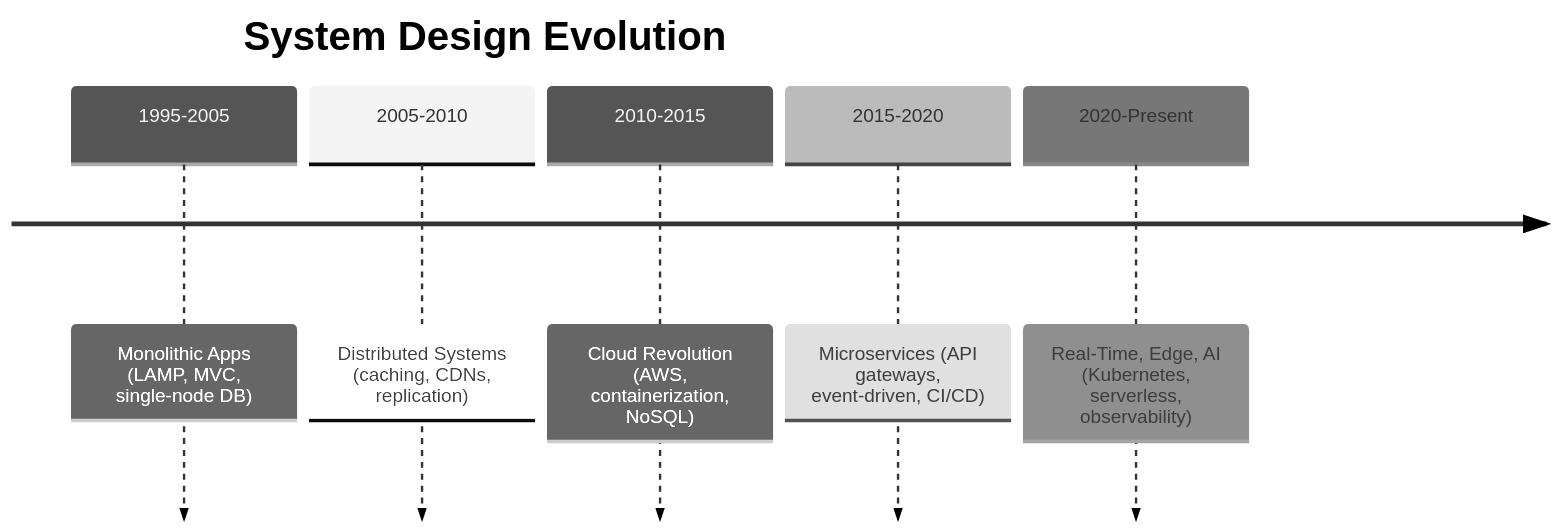
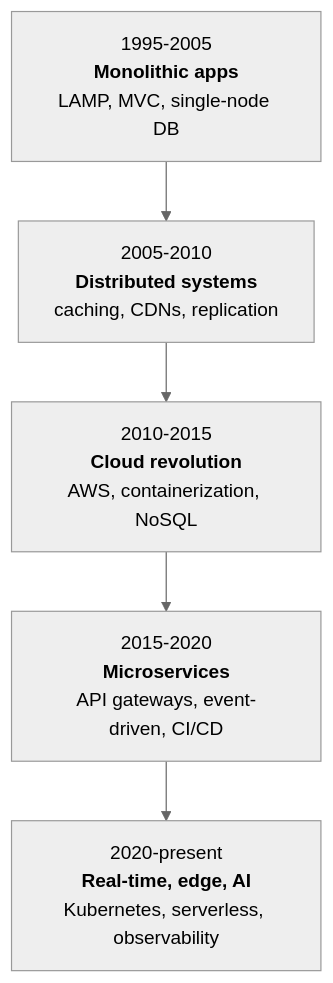
One commit to Charikshith/AI_Library changed the fifth of 13 diagrams in notes/system-design/markdown/1 - Introduction.md. Above: the diagram before and after it, drawn with Mermaid (neutral theme). The commit also changed other lines of this file and 37 other files, not shown here.

Commit message:
update: convert 47 text diagrams to Mermaid, re-lay-out wide diagrams, fix broken edge labels and Gantt durations

````diff
--- a/notes/system-design/markdown/1 - Introduction.md
+++ b/notes/system-design/markdown/1 - Introduction.md
@@ -513,9 +513,7 @@
 ```mermaid
-timeline
-    title System Design Evolution
-    1995-2005 : Monolithic Apps (LAMP, MVC, single-node DB)
-    2005-2010 : Distributed Systems (caching, CDNs, replication)
-    2010-2015 : Cloud Revolution (AWS, containerization, NoSQL)
-    2015-2020 : Microservices (API gateways, event-driven, CI/CD)
-    2020-Present : Real-Time, Edge, AI (Kubernetes, serverless, observability)
+flowchart TB
+    E1["1995-2005<br/><b>Monolithic apps</b><br/>LAMP, MVC, single-node DB"] --> E2["2005-2010<br/><b>Distributed systems</b><br/>caching, CDNs, replication"]
+    E2 --> E3["2010-2015<br/><b>Cloud revolution</b><br/>AWS, containerization, NoSQL"]
+    E3 --> E4["2015-2020<br/><b>Microservices</b><br/>API gateways, event-driven, CI/CD"]
+    E4 --> E5["2020-present<br/><b>Real-time, edge, AI</b><br/>Kubernetes, serverless, observability"]
 ```
````
